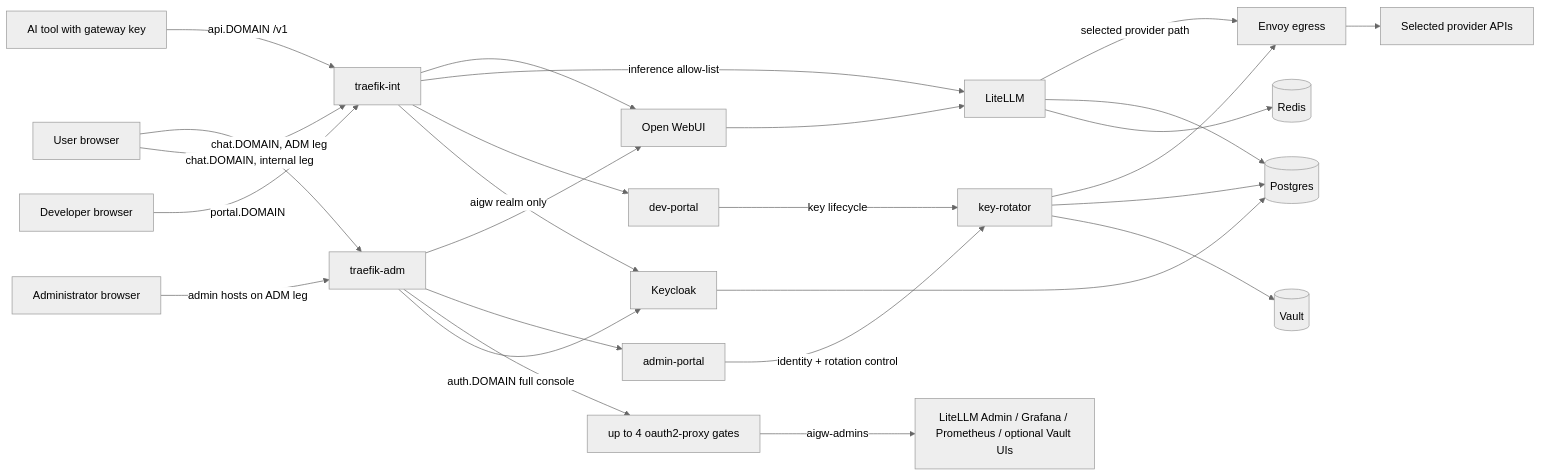
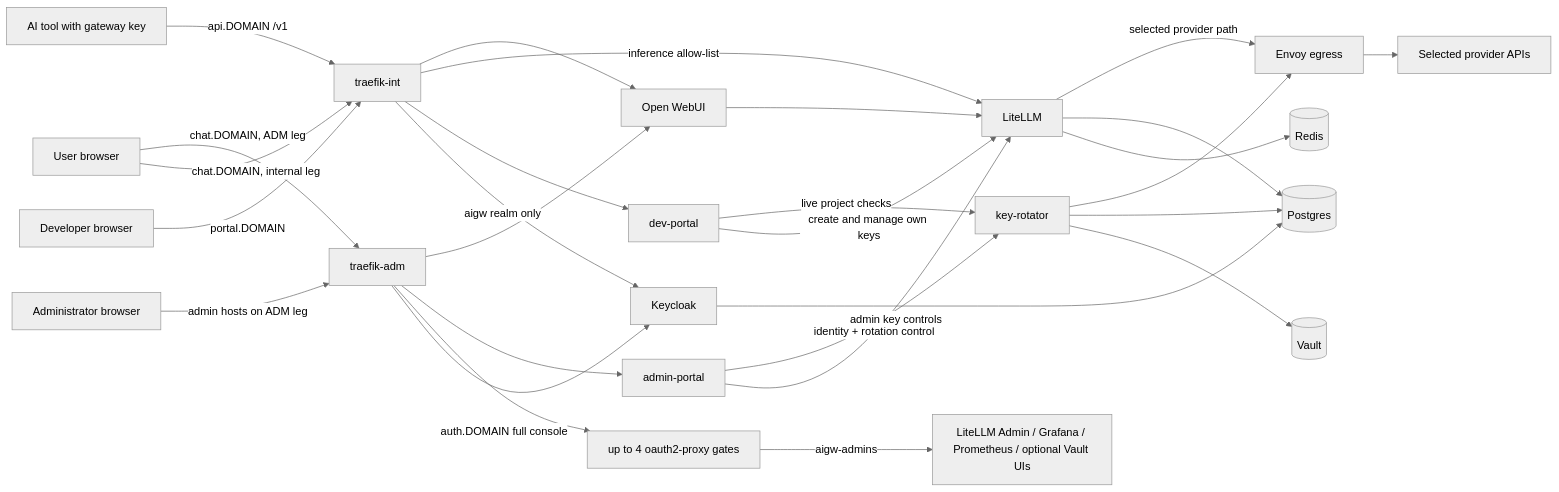
One commit to derhornspieler/ai-gateway changed the fourth of 14 diagrams in docs/architecture-diagrams.md. Above: the diagram before and after it, drawn with Mermaid (neutral theme). The commit also changed other lines of this file, not shown here.

Commit message:
docs(diagrams): align all architecture flows

````diff
--- a/docs/architecture-diagrams.md
+++ b/docs/architecture-diagrams.md
@@ -153,26 +147,28 @@
 ```mermaid
 flowchart LR
   U[User browser] -->|chat.DOMAIN, ADM leg| TA
   U -->|chat.DOMAIN, internal leg| TI
   T[AI tool with gateway key] -->|api.DOMAIN /v1| TI[traefik-int]
   D[Developer browser] -->|portal.DOMAIN| TI
   A[Administrator browser] -->|admin hosts on ADM leg| TA[traefik-adm]
 
   TA --> OW[Open WebUI] --> LL[LiteLLM]
   TI --> OW
   TI -->|inference allow-list| LL
   TI --> DP[dev-portal]
   TI -->|aigw realm only| KC[Keycloak]
 
   TA --> AP[admin-portal]
   TA --> O2[up to 4 oauth2-proxy gates] -->|aigw-admins| ADM_UIS[LiteLLM Admin / Grafana / Prometheus / optional Vault UIs]
   TA -->|auth.DOMAIN full console| KC
 
-  DP -->|key lifecycle| KR[key-rotator]
+  DP -->|live project checks| KR[key-rotator]
+  DP -->|create and manage own keys| LL
   AP -->|identity + rotation control| KR
+  AP -->|admin key controls| LL
   LL -->|selected provider path| EV[Envoy egress] --> V[Selected provider APIs]
   KR --> EV
   LL & KC & KR --> PG[(Postgres)]
   LL --> RD[(Redis)]
   KR --> VT[(Vault)]
 ```
````
